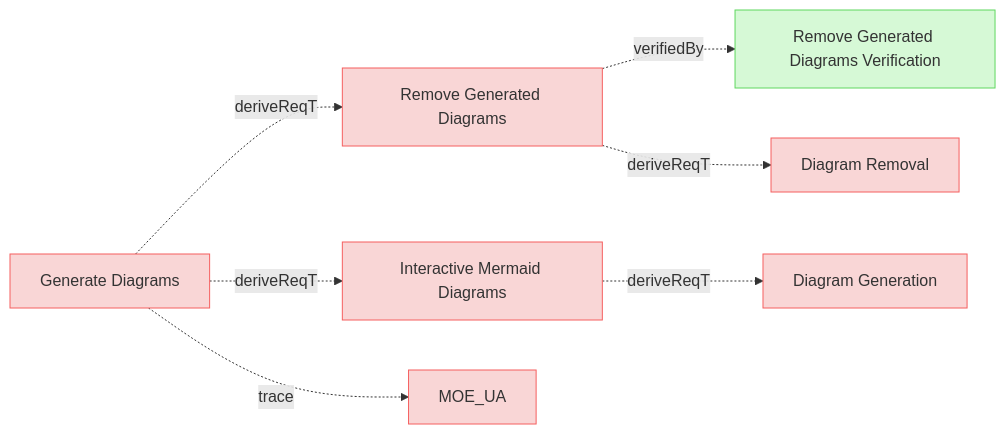
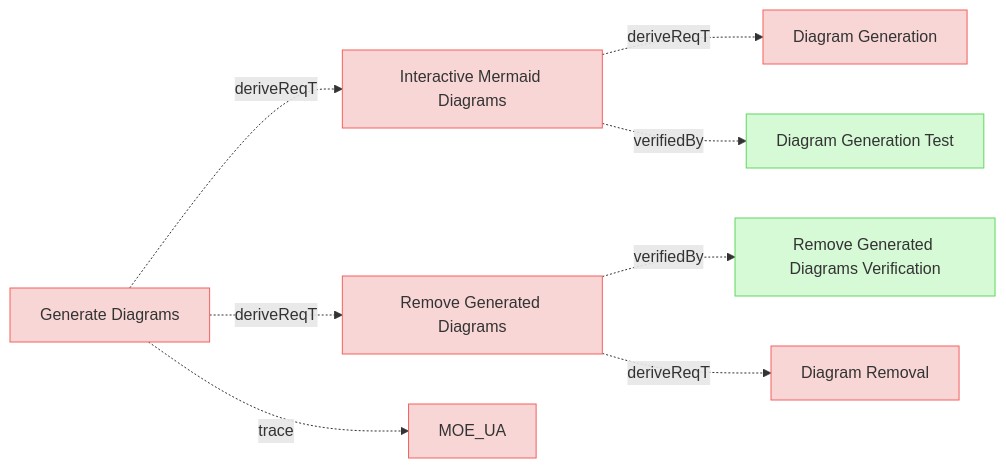
Before and after one commit to reqvire-org/reqvire: the first of 9 diagrams in specifications/UserRequirements.md, drawn with Mermaid. The commit also changed other lines of this file and 18 other files, not shown here.

Commit message:
Updated diagrams

````diff
--- a/specifications/UserRequirements.md
+++ b/specifications/UserRequirements.md
@@ -4,37 +4,41 @@
 ```mermaid
 graph LR;
   %% REQVIRE-AUTOGENERATED-DIAGRAM
   %% Graph styling
   classDef requirement fill:#f9d6d6,stroke:#f55f5f,stroke-width:1px;
   classDef verification fill:#d6f9d6,stroke:#5fd75f,stroke-width:1px;
   classDef externalLink fill:#d0e0ff,stroke:#3080ff,stroke-width:1px;
   classDef default fill:#f5f5f5,stroke:#333333,stroke-width:1px;
 
+  eedf6d6d3d2354d9["Interactive Mermaid Diagrams"];
+  class eedf6d6d3d2354d9 requirement;
+  click eedf6d6d3d2354d9 "UserRequirements.md#interactive-mermaid-diagrams";
+  e9aee7d9477f4abe["Diagram Generation"];
+  class e9aee7d9477f4abe requirement;
+  click e9aee7d9477f4abe "SystemRequirements/Requirements.md#diagram-generation";
+  eedf6d6d3d2354d9 -.->|deriveReqT| e9aee7d9477f4abe;
+  2d2cf67bb8070da8["Diagram Generation Test"];
+  class 2d2cf67bb8070da8 verification;
+  click 2d2cf67bb8070da8 "Verifications/DiagramsTests.md#diagram-generation-test";
+  eedf6d6d3d2354d9 -.->|verifiedBy| 2d2cf67bb8070da8;
   8b2dd3bb2c44db94["Remove Generated Diagrams"];
   class 8b2dd3bb2c44db94 requirement;
   click 8b2dd3bb2c44db94 "UserRequirements.md#remove-generated-diagrams";
   6a6973ecb2f20ee3["Remove Generated Diagrams Verification"];
   class 6a6973ecb2f20ee3 verification;
   click 6a6973ecb2f20ee3 "Verifications/DiagramsTests.md#remove-generated-diagrams-verification";
   8b2dd3bb2c44db94 -.->|verifiedBy| 6a6973ecb2f20ee3;
   4ec753faad5a75f7["Diagram Removal"];
   class 4ec753faad5a75f7 requirement;
   click 4ec753faad5a75f7 "SystemRequirements/Requirements.md#diagram-removal";
   8b2dd3bb2c44db94 -.->|deriveReqT| 4ec753faad5a75f7;
-  eedf6d6d3d2354d9["Interactive Mermaid Diagrams"];
-  class eedf6d6d3d2354d9 requirement;
-  click eedf6d6d3d2354d9 "UserRequirements.md#interactive-mermaid-diagrams";
-  e9aee7d9477f4abe["Diagram Generation"];
-  class e9aee7d9477f4abe requirement;
-  click e9aee7d9477f4abe "SystemRequirements/Requirements.md#diagram-generation";
-  eedf6d6d3d2354d9 -.->|deriveReqT| e9aee7d9477f4abe;
   37a5b8e199a838f["Generate Diagrams"];
   class 37a5b8e199a838f requirement;
   click 37a5b8e199a838f "UserStories.md#generate-diagrams";
   2c5f30f14e792200["MOE_UA"];
   class 2c5f30f14e792200 requirement;
   click 2c5f30f14e792200 "MOEs.md#moe_ua";
   37a5b8e199a838f -.->|trace| 2c5f30f14e792200;
+  37a5b8e199a838f -.->|deriveReqT| eedf6d6d3d2354d9;
   37a5b8e199a838f -.->|deriveReqT| 8b2dd3bb2c44db94;
-  37a5b8e199a838f -.->|deriveReqT| eedf6d6d3d2354d9;
 ```
````
